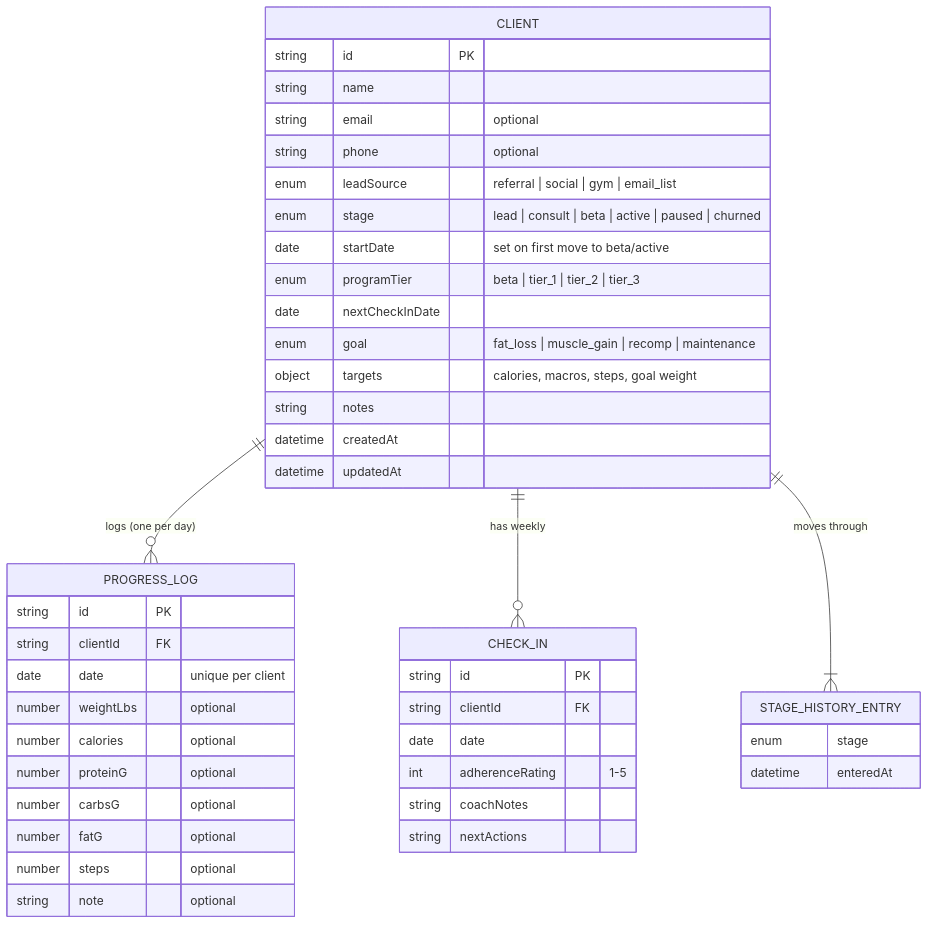
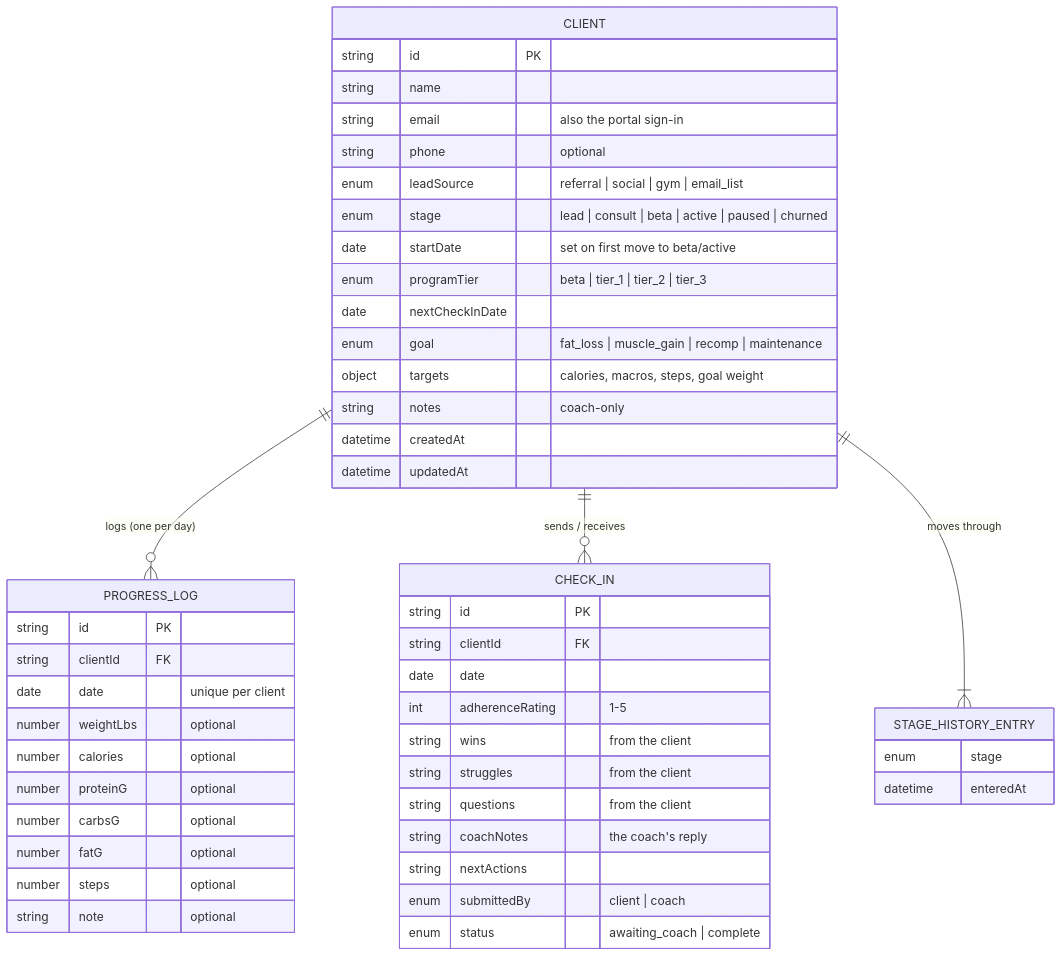
The first of 2 diagrams in README.md (hmmangus/dayzero-client-tracker), drawn with Mermaid before and after one commit. The commit also changed other lines of this file, not shown here.

Commit message:
docs: README for the client portal, live database and security model

````diff
--- a/README.md
+++ b/README.md
@@ -122,47 +154,52 @@
 ```mermaid
 erDiagram
     CLIENT ||--o{ PROGRESS_LOG : "logs (one per day)"
-    CLIENT ||--o{ CHECK_IN : "has weekly"
+    CLIENT ||--o{ CHECK_IN : "sends / receives"
     CLIENT ||--|{ STAGE_HISTORY_ENTRY : "moves through"
 
     CLIENT {
         string id PK
         string name
-        string email "optional"
+        string email "also the portal sign-in"
         string phone "optional"
         enum leadSource "referral | social | gym | email_list"
         enum stage "lead | consult | beta | active | paused | churned"
         date startDate "set on first move to beta/active"
         enum programTier "beta | tier_1 | tier_2 | tier_3"
         date nextCheckInDate
         enum goal "fat_loss | muscle_gain | recomp | maintenance"
         object targets "calories, macros, steps, goal weight"
-        string notes
+        string notes "coach-only"
         datetime createdAt
         datetime updatedAt
     }
     STAGE_HISTORY_ENTRY {
         enum stage
         datetime enteredAt
     }
     PROGRESS_LOG {
         string id PK
         string clientId FK
         date date "unique per client"
         number weightLbs "optional"
         number calories "optional"
         number proteinG "optional"
         number carbsG "optional"
         number fatG "optional"
         number steps "optional"
         string note "optional"
     }
     CHECK_IN {
         string id PK
         string clientId FK
         date date
         int adherenceRating "1-5"
-        string coachNotes
+        string wins "from the client"
+        string struggles "from the client"
+        string questions "from the client"
+        string coachNotes "the coach's reply"
         string nextActions
+        enum submittedBy "client | coach"
+        enum status "awaiting_coach | complete"
     }
 ```
````
